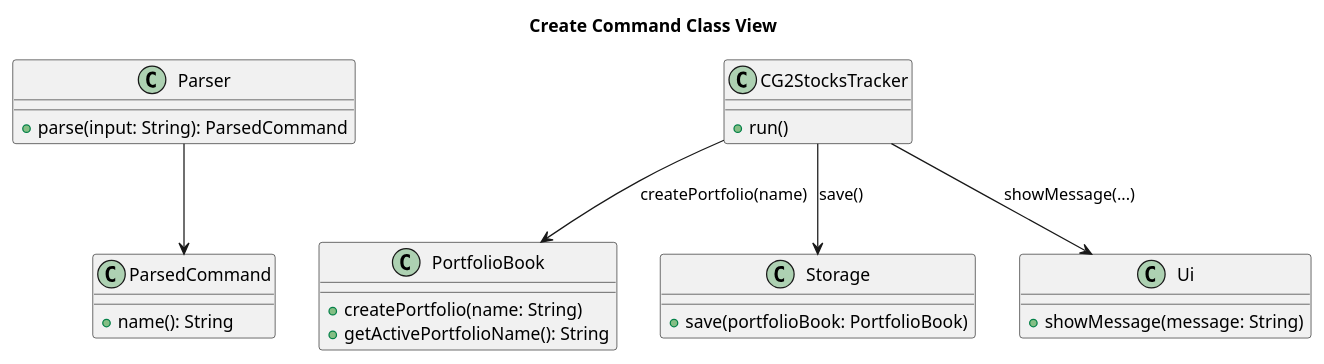
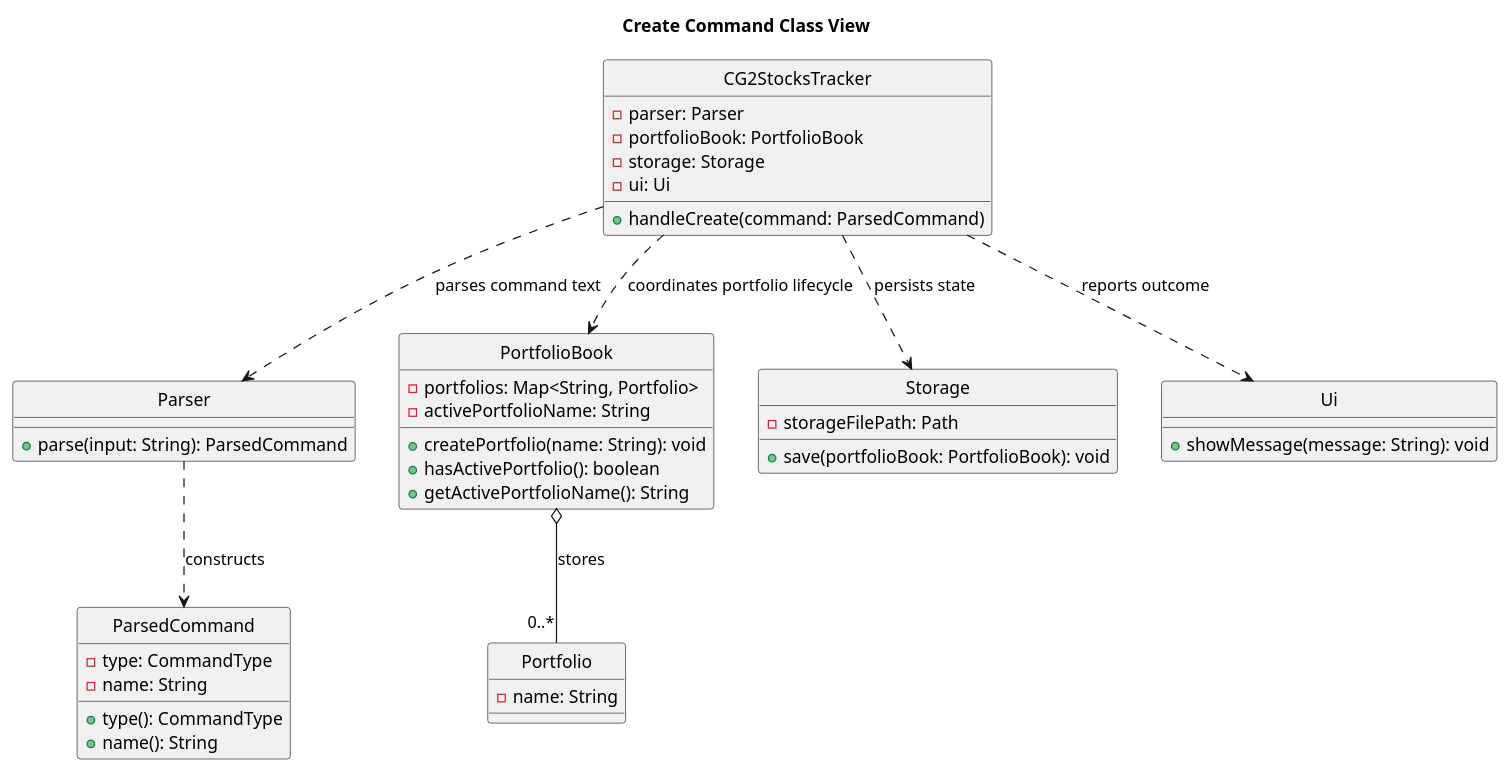
The diagram in docs/diagrams/UML/create-command-class.puml (zenweilow/tp), drawn with PlantUML before and after one commit. The commit also changed 26 other files, not shown here.

Commit message:
Fix colon in sequence diagrams, C in class diagrams

```diff
--- a/docs/diagrams/UML/create-command-class.puml
+++ b/docs/diagrams/UML/create-command-class.puml
@@ -1,33 +1,51 @@
 @startuml
 title Create Command Class View
+hide circle
 
 class Parser {
   + parse(input: String): ParsedCommand
 }
 
 class ParsedCommand {
+  - type: CommandType
+  - name: String
+  + type(): CommandType
   + name(): String
 }
 
 class CG2StocksTracker {
-  + run()
+  - parser: Parser
+  - portfolioBook: PortfolioBook
+  - storage: Storage
+  - ui: Ui
+  + handleCreate(command: ParsedCommand)
 }
 
 class PortfolioBook {
-  + createPortfolio(name: String)
+  - portfolios: Map<String, Portfolio>
+  - activePortfolioName: String
+  + createPortfolio(name: String): void
+  + hasActivePortfolio(): boolean
   + getActivePortfolioName(): String
 }
 
+class Portfolio {
+  - name: String
+}
+
 class Storage {
-  + save(portfolioBook: PortfolioBook)
+  - storageFilePath: Path
+  + save(portfolioBook: PortfolioBook): void
 }
 
 class Ui {
-  + showMessage(message: String)
+  + showMessage(message: String): void
 }
 
-Parser --> ParsedCommand
-CG2StocksTracker --> PortfolioBook : createPortfolio(name)
-CG2StocksTracker --> Storage : save()
-CG2StocksTracker --> Ui : showMessage(...)
+Parser ..> ParsedCommand : constructs
+CG2StocksTracker ..> Parser : parses command text
+CG2StocksTracker ..> PortfolioBook : coordinates portfolio lifecycle
+PortfolioBook o-- "0..*" Portfolio : stores
+CG2StocksTracker ..> Storage : persists state
+CG2StocksTracker ..> Ui : reports outcome
 @enduml
```
